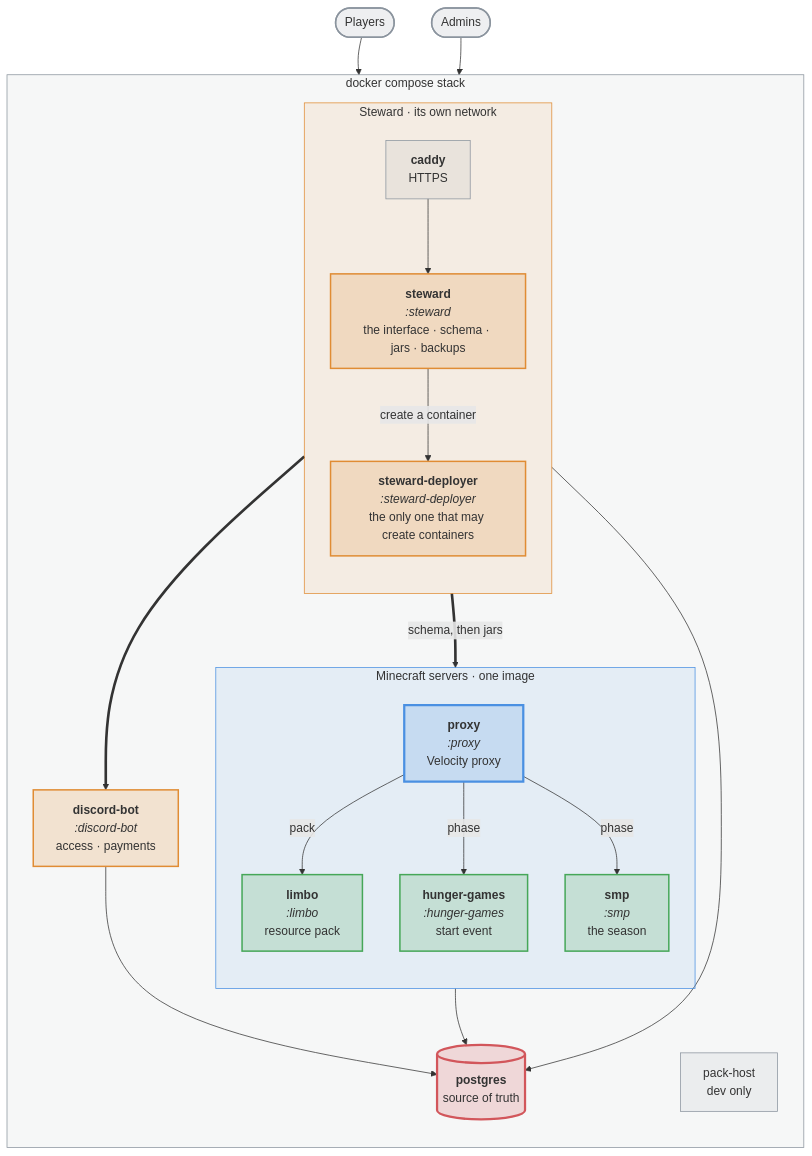
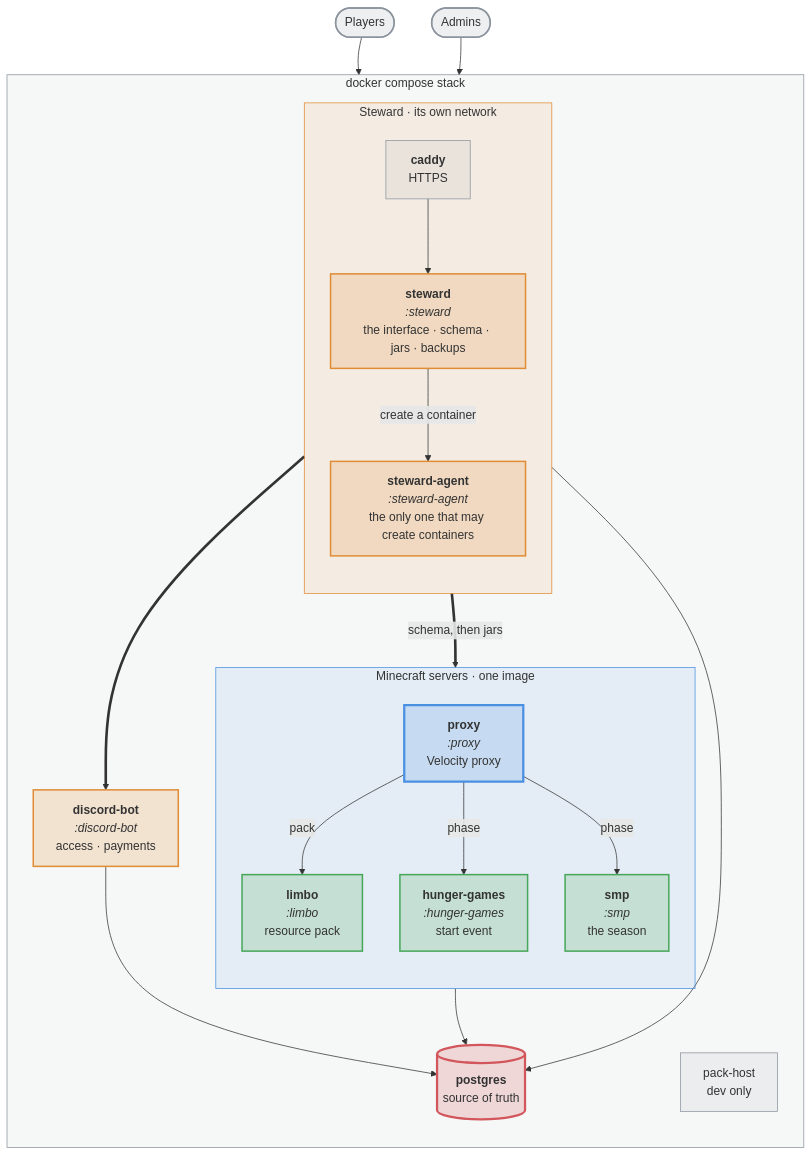
One commit to nordtal/season-2 changed the diagram in README.md. Above: the diagram before and after it, drawn with Mermaid. The commit also changed other lines of this file and 93 other files, not shown here.

First line of the commit message:
refactor(steward-agent)!: steward-deployer becomes steward-agent

````diff
--- a/README.md
+++ b/README.md
@@ -25,48 +25,48 @@
 ```mermaid
 %%{init: {'themeVariables': {'fontSize': '16px'}}}%%
 flowchart TB
     players(["Players"]):::ext --> NC
 
     subgraph stack["docker compose stack"]
         direction TB
         subgraph steward["Steward · its own network"]
             direction TB
             CADDY["<b>caddy</b><br/>HTTPS"]:::side
             UPD["<b>steward</b><br/><i>:steward</i><br/>the interface · schema · jars · backups"]:::app
-            DEP["<b>steward-deployer</b><br/><i>:steward-deployer</i><br/>the only one that may create containers"]:::app
+            DEP["<b>steward-agent</b><br/><i>:steward-agent</i><br/>the only one that may create containers"]:::app
         end
         subgraph servers["Minecraft servers · one image"]
             direction TB
             NC["<b>proxy</b><br/><i>:proxy</i><br/>Velocity proxy"]:::proxy
             LIMBO["<b>limbo</b><br/><i>:limbo</i><br/>resource pack"]:::paper
             HG["<b>hunger-games</b><br/><i>:hunger-games</i><br/>start event"]:::paper
             SMP["<b>smp</b><br/><i>:smp</i><br/>the season"]:::paper
         end
         BOT["<b>discord-bot</b><br/><i>:discord-bot</i><br/>access · payments"]:::app
         PG[("<b>postgres</b><br/>source of truth")]:::db
         PACKHOST["pack-host<br/>dev only"]:::side
     end
 
     admins(["Admins"]):::ext --> CADDY
     players ~~~ UPD
     CADDY --> UPD
     UPD -->|"create a container"| DEP
     UPD ==>|"schema, then jars"| servers
     UPD ==> BOT
     NC -->|"pack"| LIMBO
     NC -->|"phase"| HG
     NC -->|"phase"| SMP
     servers --> PG
     BOT --> PG
     UPD --> PG
 
     classDef ext fill:#8b949e26,stroke:#8b949e,stroke-width:2px
     classDef proxy fill:#4a90e233,stroke:#4a90e2,stroke-width:3px
     classDef paper fill:#46a75833,stroke:#46a758,stroke-width:2px
     classDef app fill:#e08c3433,stroke:#e08c34,stroke-width:2px
     classDef db fill:#d2565b33,stroke:#d2565b,stroke-width:3px
     classDef side fill:#8b949e1a,stroke:#8b949e,stroke-width:1px
     style stack fill:#8b949e14,stroke:#8b949e,stroke-width:1px
     style servers fill:#4a90e21a,stroke:#4a90e2,stroke-width:1px
     style steward fill:#e08c341a,stroke:#e08c34,stroke-width:1px
 ```
````
